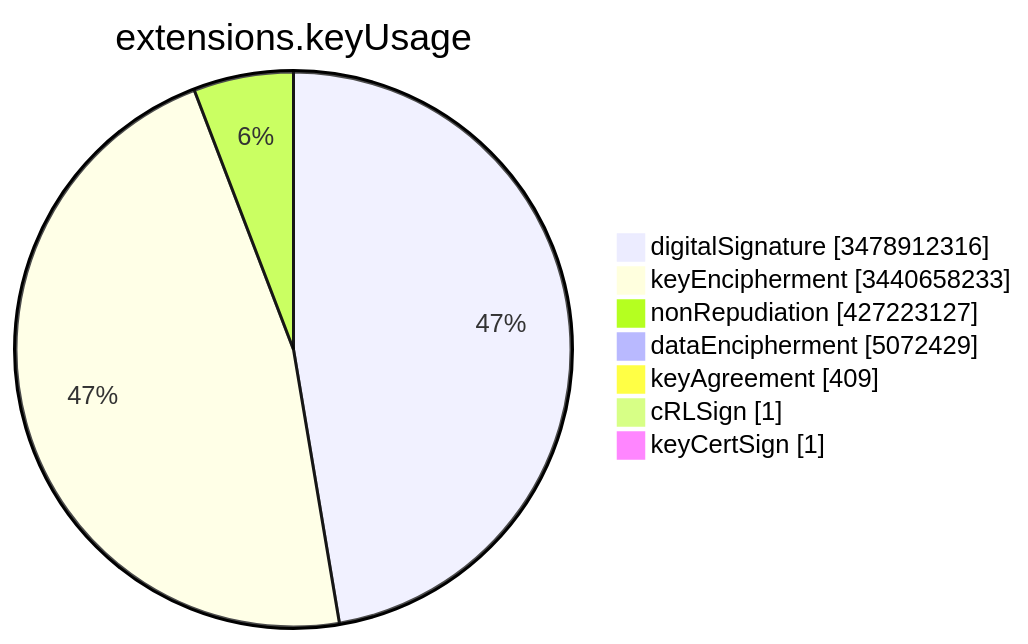
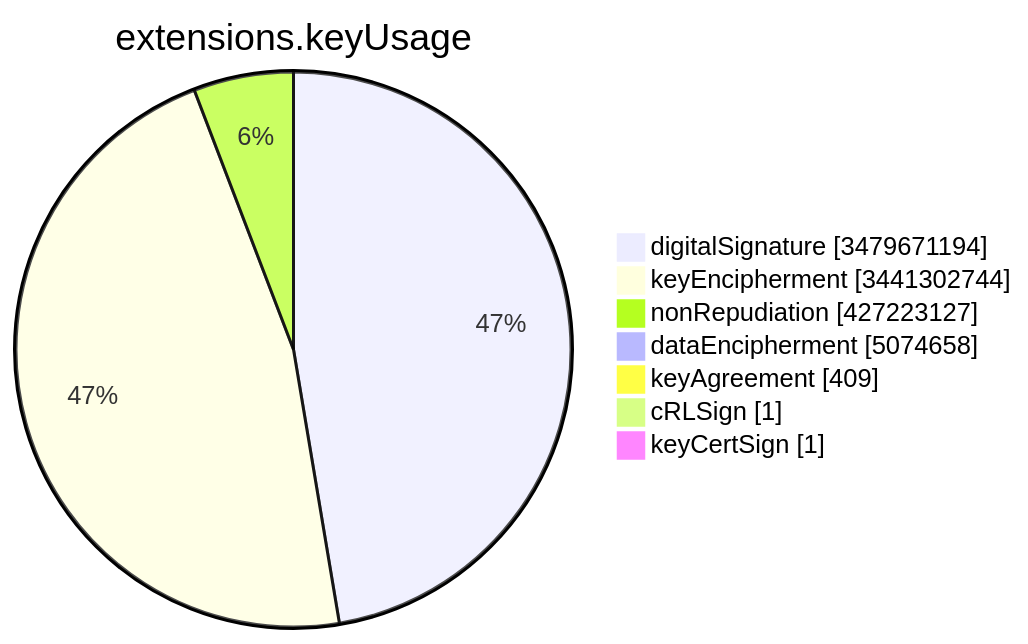
One commit to christiankrug/ctmonitor_visualization changed the sixth of 15 diagrams in TOTAL/README.md. Above: the diagram before and after it, drawn with Mermaid. The commit also changed other lines of this file, not shown here.

````diff
--- a/TOTAL/README.md
+++ b/TOTAL/README.md
@@ -3082,11 +3082,11 @@
 ```mermaid
 pie showData
 title extensions.keyUsage
-"digitalSignature" :3478912316
-"keyEncipherment" :3440658233
+"digitalSignature" :3479671194
+"keyEncipherment" :3441302744
 "nonRepudiation" :427223127
-"dataEncipherment" :5072429
+"dataEncipherment" :5074658
 "keyAgreement" :409
 "cRLSign" :1
 "keyCertSign" :1
 ```
````
